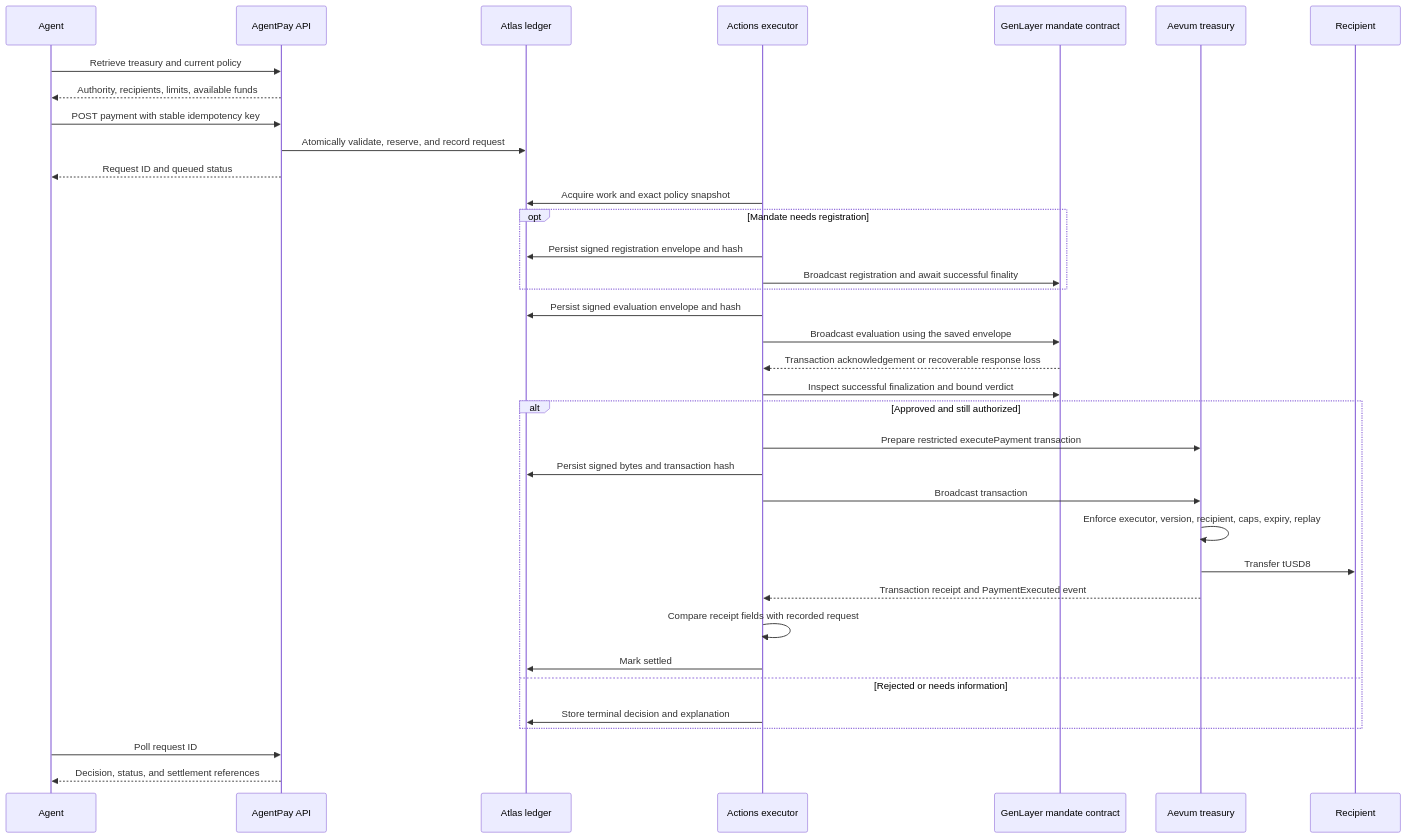
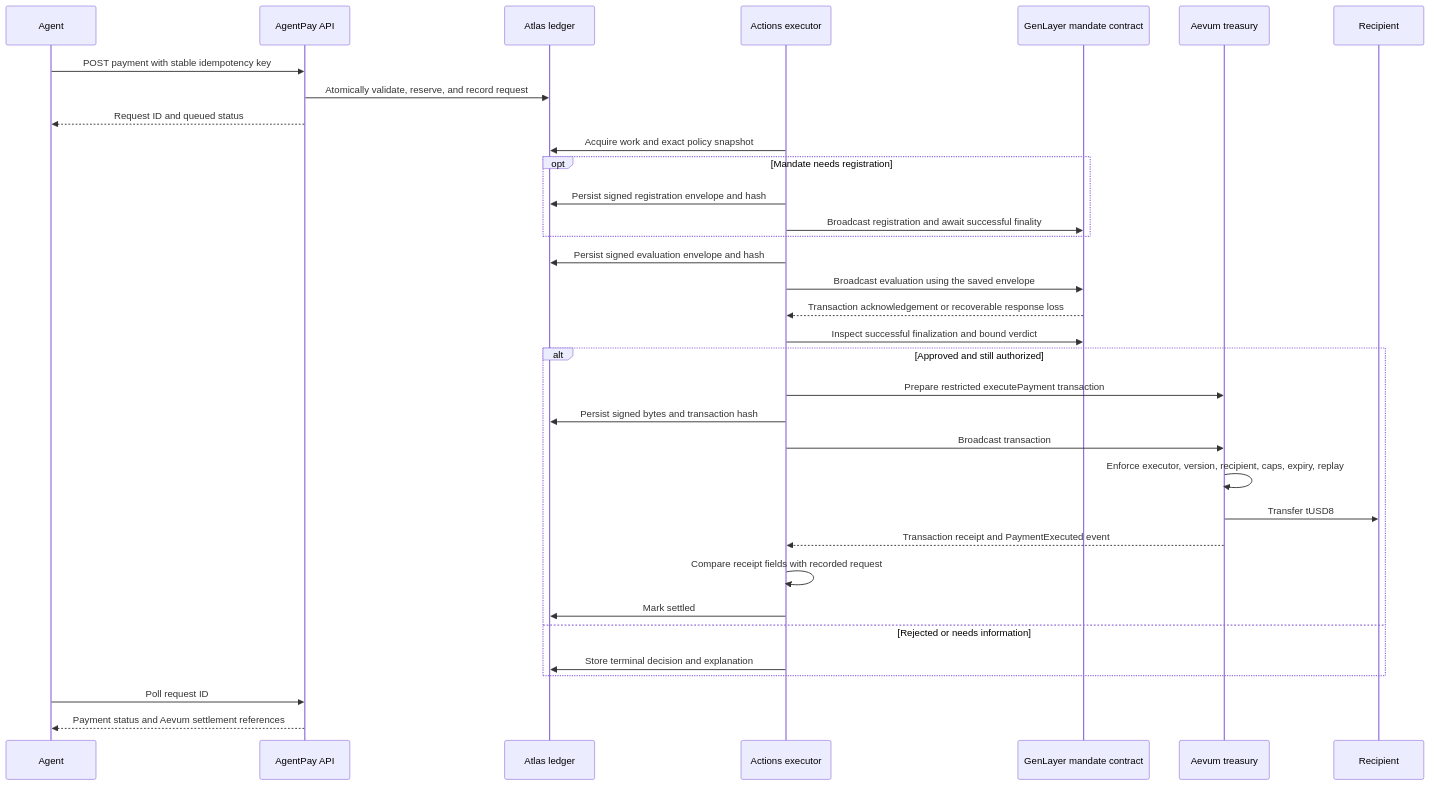
One commit to TS-mfon/agentpay changed the third of 7 diagrams in README.md. Above: the diagram before and after it, drawn with Mermaid. The commit also changed other lines of this file and 27 other files, not shown here.

````diff
--- a/README.md
+++ b/README.md
@@ -225,38 +225,36 @@
 ```mermaid
 sequenceDiagram
     participant A as Agent
     participant API as AgentPay API
     participant DB as Atlas ledger
     participant W as Actions executor
     participant G as GenLayer mandate contract
     participant Q as Aevum treasury
     participant R as Recipient
-    A->>API: Retrieve treasury and current policy
-    API-->>A: Authority, recipients, limits, available funds
     A->>API: POST payment with stable idempotency key
     API->>DB: Atomically validate, reserve, and record request
     API-->>A: Request ID and queued status
     W->>DB: Acquire work and exact policy snapshot
     opt Mandate needs registration
         W->>DB: Persist signed registration envelope and hash
         W->>G: Broadcast registration and await successful finality
     end
     W->>DB: Persist signed evaluation envelope and hash
     W->>G: Broadcast evaluation using the saved envelope
     G-->>W: Transaction acknowledgement or recoverable response loss
     W->>G: Inspect successful finalization and bound verdict
     alt Approved and still authorized
         W->>Q: Prepare restricted executePayment transaction
         W->>DB: Persist signed bytes and transaction hash
         W->>Q: Broadcast transaction
         Q->>Q: Enforce executor, version, recipient, caps, expiry, replay
         Q->>R: Transfer tUSD8
         Q-->>W: Transaction receipt and PaymentExecuted event
         W->>W: Compare receipt fields with recorded request
         W->>DB: Mark settled
     else Rejected or needs information
         W->>DB: Store terminal decision and explanation
     end
     A->>API: Poll request ID
-    API-->>A: Decision, status, and settlement references
+    API-->>A: Payment status and Aevum settlement references
 ```
````
